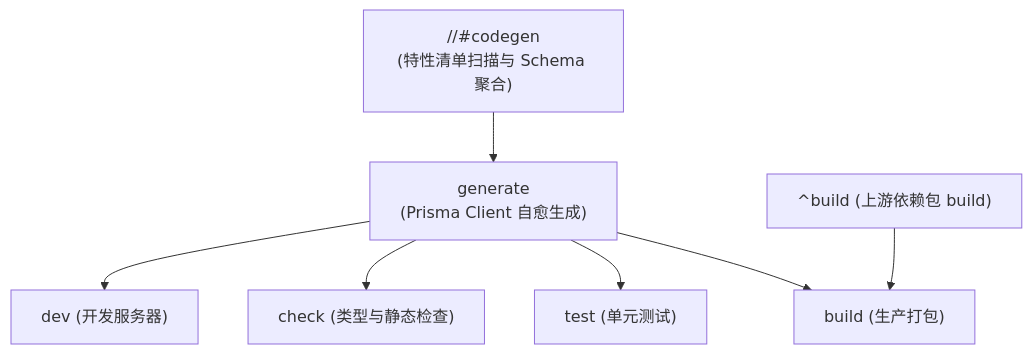
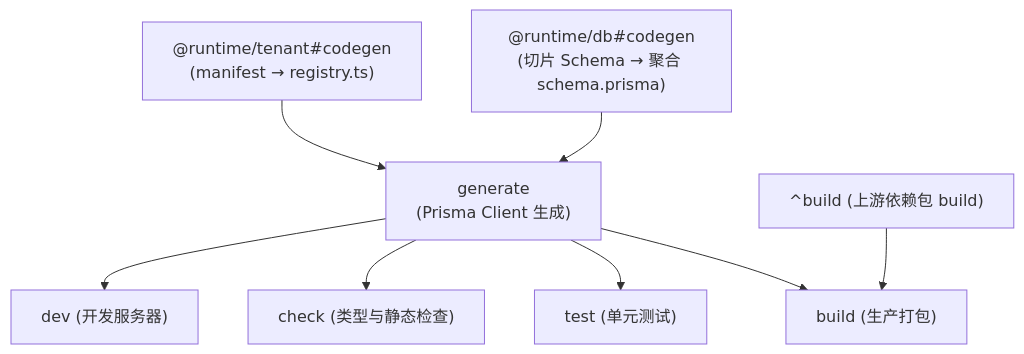
One commit to leohu25/ActivityReservation changed the diagram in docs/architecture/turborepo-pipeline-and-cache-specification.md. Above: the diagram before and after it, drawn with Mermaid. The commit also changed other lines of this file and 57 other files, not shown here.

````diff
--- a/docs/architecture/turborepo-pipeline-and-cache-specification.md
+++ b/docs/architecture/turborepo-pipeline-and-cache-specification.md
@@ -39,9 +50,12 @@
 ```mermaid
 graph TD
-  Codegen["//#codegen<br>(特性清单扫描与 Schema 聚合)"] --> Generate["generate<br>(Prisma Client 自愈生成)"]
+  SF["@runtime/tenant#codegen<br>(manifest → registry.ts)"]
+  SS["@runtime/db#codegen<br>(切片 Schema → 聚合 schema.prisma)"]
+  SF --> Generate["generate<br>(Prisma Client 生成)"]
+  SS --> Generate
   Generate --> Dev["dev (开发服务器)"]
   Generate --> Check["check (类型与静态检查)"]
   Generate --> Test["test (单元测试)"]
   Generate --> Build["build (生产打包)"]
   BuildDep["^build (上游依赖包 build)"] --> Build
 ```
````
